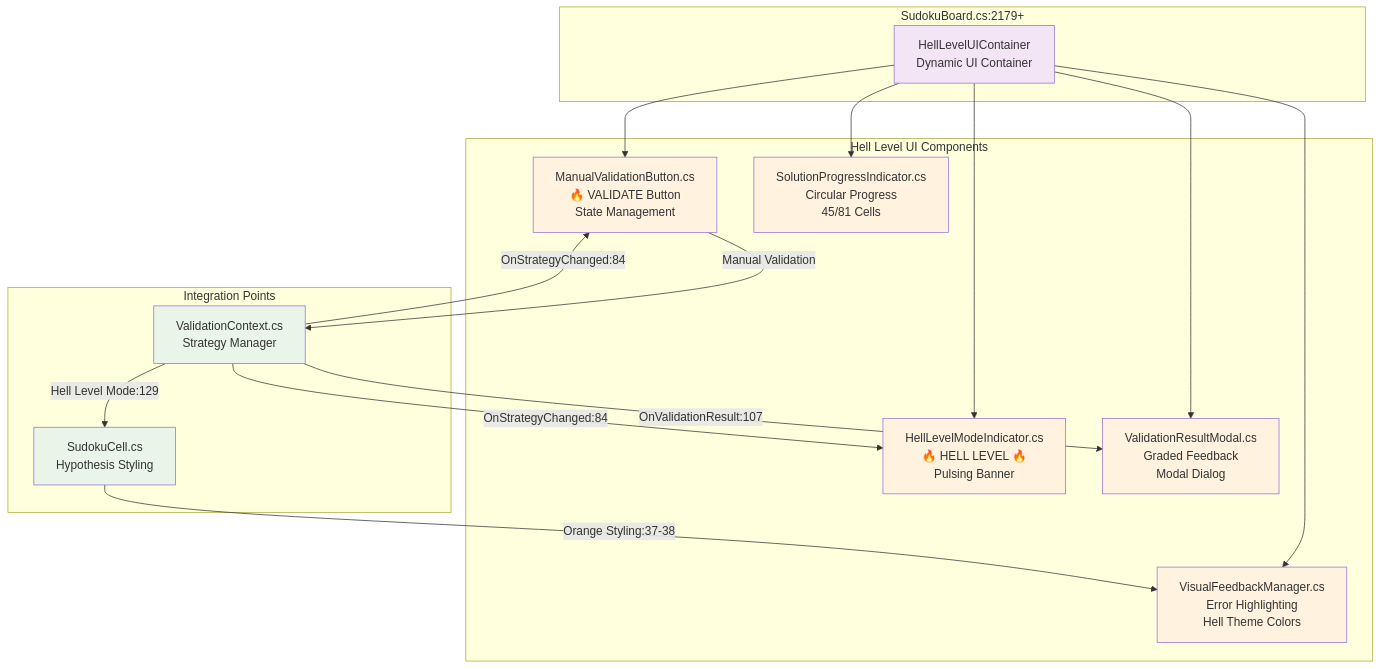
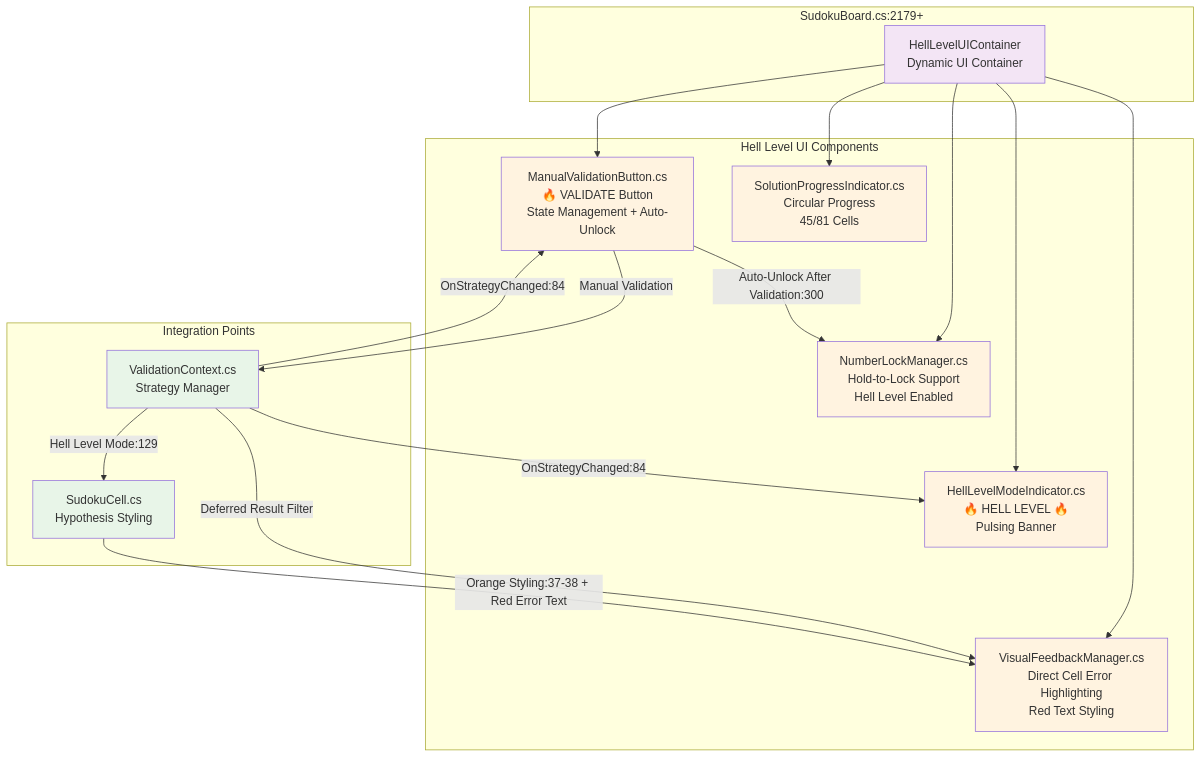
The tenth of 19 diagrams in SudokuMaster_GameFlow_Documentation.md (cloudaipro/SudokuMaster), drawn with Mermaid before and after one commit. The commit also changed other lines of this file and 4 other files, not shown here.

````diff
--- a/SudokuMaster_GameFlow_Documentation.md
+++ b/SudokuMaster_GameFlow_Documentation.md
@@ -410,41 +415,42 @@
 ```mermaid
 graph TB
     subgraph "SudokuBoard.cs:2179+"
         HLUI[HellLevelUIContainer<br/>Dynamic UI Container]
     end
     
     subgraph "Hell Level UI Components"
         HMI[HellLevelModeIndicator.cs<br/>🔥 HELL LEVEL 🔥<br/>Pulsing Banner]
-        MVB[ManualValidationButton.cs<br/>🔥 VALIDATE Button<br/>State Management]
+        MVB[ManualValidationButton.cs<br/>🔥 VALIDATE Button<br/>State Management + Auto-Unlock]
         SPI[SolutionProgressIndicator.cs<br/>Circular Progress<br/>45/81 Cells]
-        VRM[ValidationResultModal.cs<br/>Graded Feedback<br/>Modal Dialog]
-        VFM[VisualFeedbackManager.cs<br/>Error Highlighting<br/>Hell Theme Colors]
+        VFM[VisualFeedbackManager.cs<br/>Direct Cell Error Highlighting<br/>Red Text Styling]
+        NLM[NumberLockManager.cs<br/>Hold-to-Lock Support<br/>Hell Level Enabled]
     end
     
     subgraph "Integration Points"
         VC[ValidationContext.cs<br/>Strategy Manager]
         SC[SudokuCell.cs<br/>Hypothesis Styling]
     end
     
     HLUI --> HMI
     HLUI --> MVB
     HLUI --> SPI
-    HLUI --> VRM
     HLUI --> VFM
+    HLUI --> NLM
     
     VC -->|OnStrategyChanged:84| HMI
     VC -->|OnStrategyChanged:84| MVB
-    VC -->|OnValidationResult:107| VRM
+    VC -->|Deferred Result Filter| VFM
     VC -->|Hell Level Mode:129| SC
     
-    SC -->|Orange Styling:37-38| VFM
+    SC -->|Orange Styling:37-38 + Red Error Text| VFM
     MVB -->|Manual Validation| VC
+    MVB -->|Auto-Unlock After Validation:300| NLM
     
     classDef container fill:#f3e5f5
     classDef component fill:#fff3e0
     classDef integration fill:#e8f5e8
     
     class HLUI container
-    class HMI,MVB,SPI,VRM,VFM component
+    class HMI,MVB,SPI,VFM,NLM component
     class VC,SC integration
 ```
````
